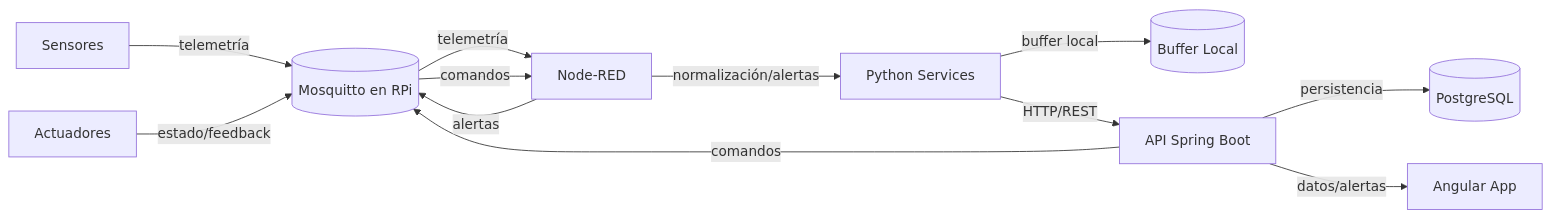
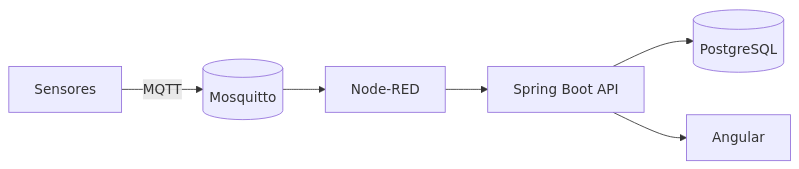
One commit to RafaLopezZz/glea-nexo changed the diagram in README.md. Above: the diagram before and after it, drawn with Mermaid. The commit also changed other lines of this file and 101 other files, not shown here.

````diff
--- a/README.md
+++ b/README.md
@@ -412,14 +30,8 @@
 ```mermaid
 flowchart LR
-  Sensors[Sensores] -->|telemetría| MQTT[(Mosquitto en RPi)]
-  Actuators[Actuadores] -->|estado/feedback| MQTT
-  MQTT -->|telemetría| NR[Node-RED]
-  MQTT -->|comandos| NR
-  NR -->|normalización/alertas| PY[Python Services]
-  PY -->|buffer local| BUF[(Buffer Local)]
-  PY -->|HTTP/REST| API[API Spring Boot]
-  API -->|persistencia| PG[(PostgreSQL)]
-  API -->|datos/alertas| FE[Angular App]
-  NR -->|alertas| MQTT
-  API -->|comandos| MQTT
+  Sensors[Sensores] -->|MQTT| MQTT[(Mosquitto)]
+  MQTT --> NR[Node-RED]
+  NR --> API[Spring Boot API]
+  API --> PG[(PostgreSQL)]
+  API --> FE[Angular]
 ```
````
